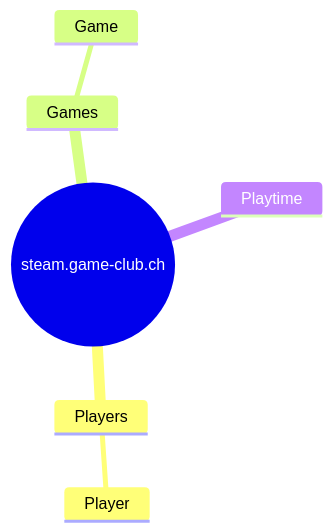
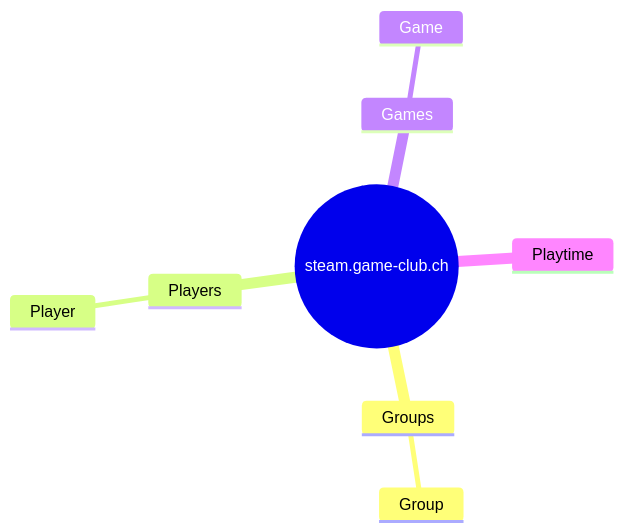
Before and after one commit to Game-Club-Switzerland/steam.gameclub.ch: the second of 2 diagrams in readme.md, drawn with Mermaid. The commit also changed other lines of this file and 3 other files, not shown here.

Commit message:
Enhance steam group widget with improved HTML structure and styling; update README and add groups index documentation

````diff
--- a/readme.md
+++ b/readme.md
@@ -16,10 +18,11 @@
 ```mermaid
 mindmap
   root((steam.game-club.ch))
+    Groups
+        Group
     Players
         Player
     Games
         Game
     Playtime
-
 ```
````
